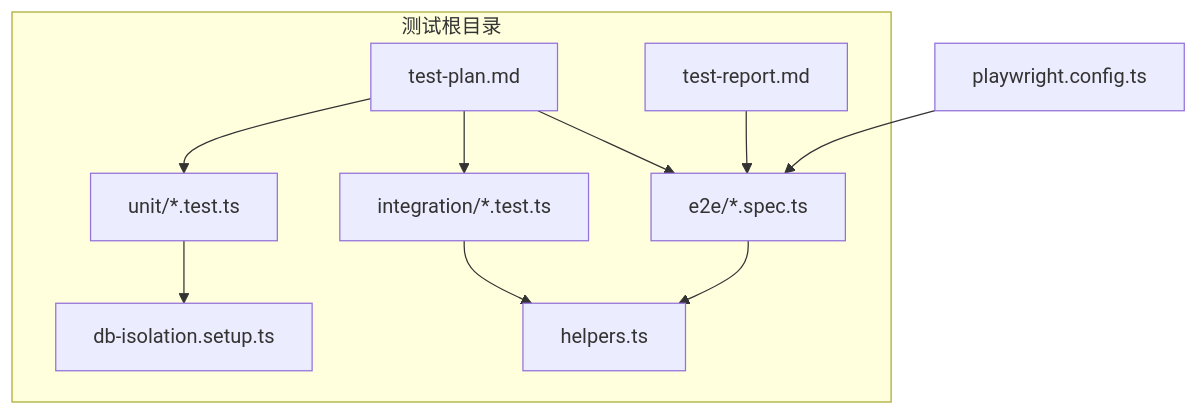
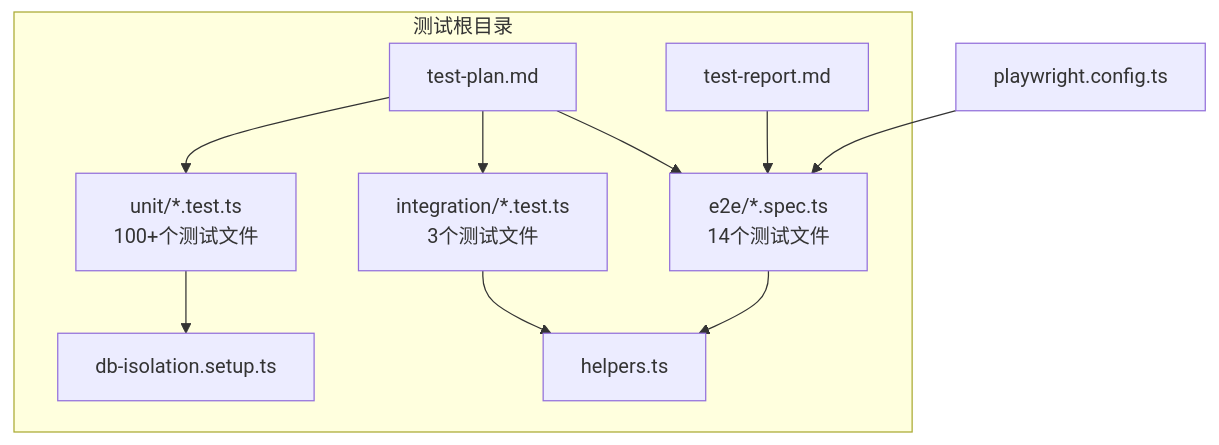
One commit to haolange/CodePilot changed the first of 3 diagrams in .qoder/repowiki/zh/content/开发指南/测试策略/测试策略.md. Above: the diagram before and after it, drawn with Mermaid. The commit also changed other lines of this file and 8 other files, not shown here.

````diff
--- a/.qoder/repowiki/zh/content/开发指南/测试策略/测试策略.md
+++ b/.qoder/repowiki/zh/content/开发指南/测试策略/测试策略.md
@@ -58,21 +60,21 @@
 ```mermaid
 graph TB
 subgraph "测试根目录"
-E2E["e2e/*.spec.ts"]
-INT["integration/*.test.ts"]
-UNIT["unit/*.test.ts"]
+E2E["e2e/*.spec.ts<br/>14个测试文件"]
+INT["integration/*.test.ts<br/>3个测试文件"]
+UNIT["unit/*.test.ts<br/>100+个测试文件"]
 HELP["helpers.ts"]
 DBSET["db-isolation.setup.ts"]
 PLAN["test-plan.md"]
 REPORT["test-report.md"]
 end
 CFG["playwright.config.ts"]
 E2E --> HELP
 INT --> HELP
 UNIT --> DBSET
 PLAN --> E2E
 PLAN --> INT
 PLAN --> UNIT
 REPORT --> E2E
 CFG --> E2E
 ```
````
